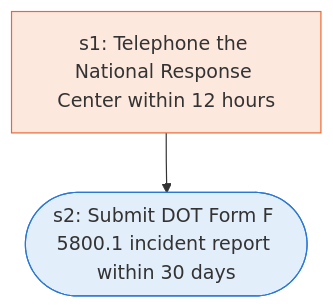
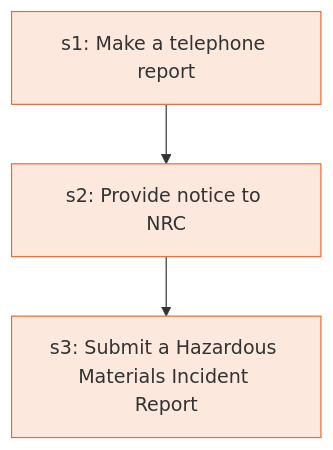
Before and after one commit to Jitesh-Mishra/sop-to-agent-workflows: the diagram in docs/runbooks/dot_hazmat_incident_reporting.md, drawn with Mermaid. The commit also changed other lines of this file and 172 other files, not shown here.

````diff
--- a/docs/runbooks/dot_hazmat_incident_reporting.md
+++ b/docs/runbooks/dot_hazmat_incident_reporting.md
@@ -7,10 +7,11 @@
 ```mermaid
 flowchart TD
-  s1["s1: Telephone the National Response Center within 12 hours"]
-  s2(["s2: Submit DOT Form F 5800.1 incident report within 30 days"])
+  s1["s1: Make a telephone report"]
+  s2["s2: Provide notice to NRC"]
+  s3["s3: Submit a Hazardous Materials Incident Report"]
   s1 --> s2
+  s2 --> s3
   classDef agent fill:#e3eefb,stroke:#2a78d6
   classDef human fill:#fde8de,stroke:#eb6834
-  class s2 agent
-  class s1 human
+  class s1,s2,s3 human
 ```
````
